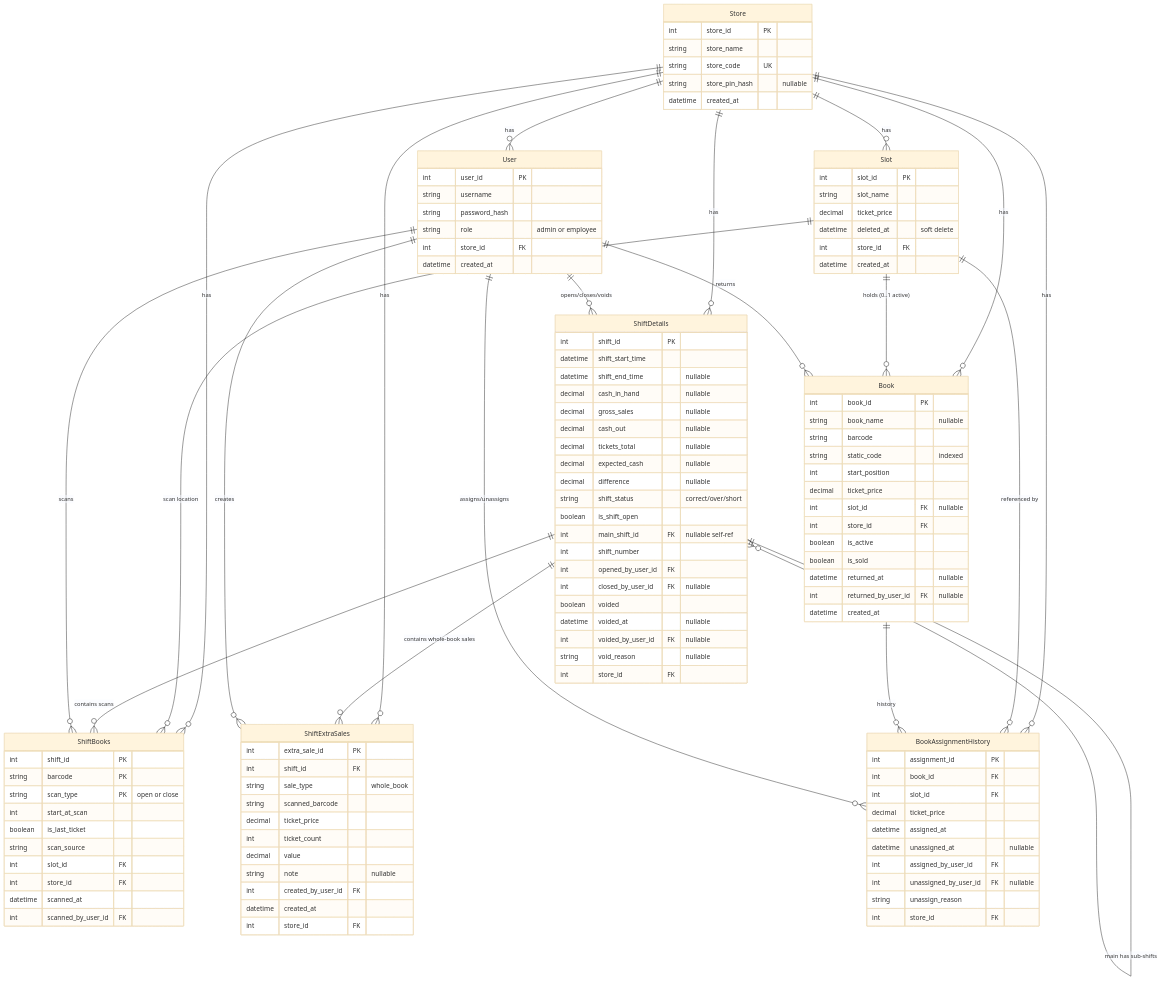
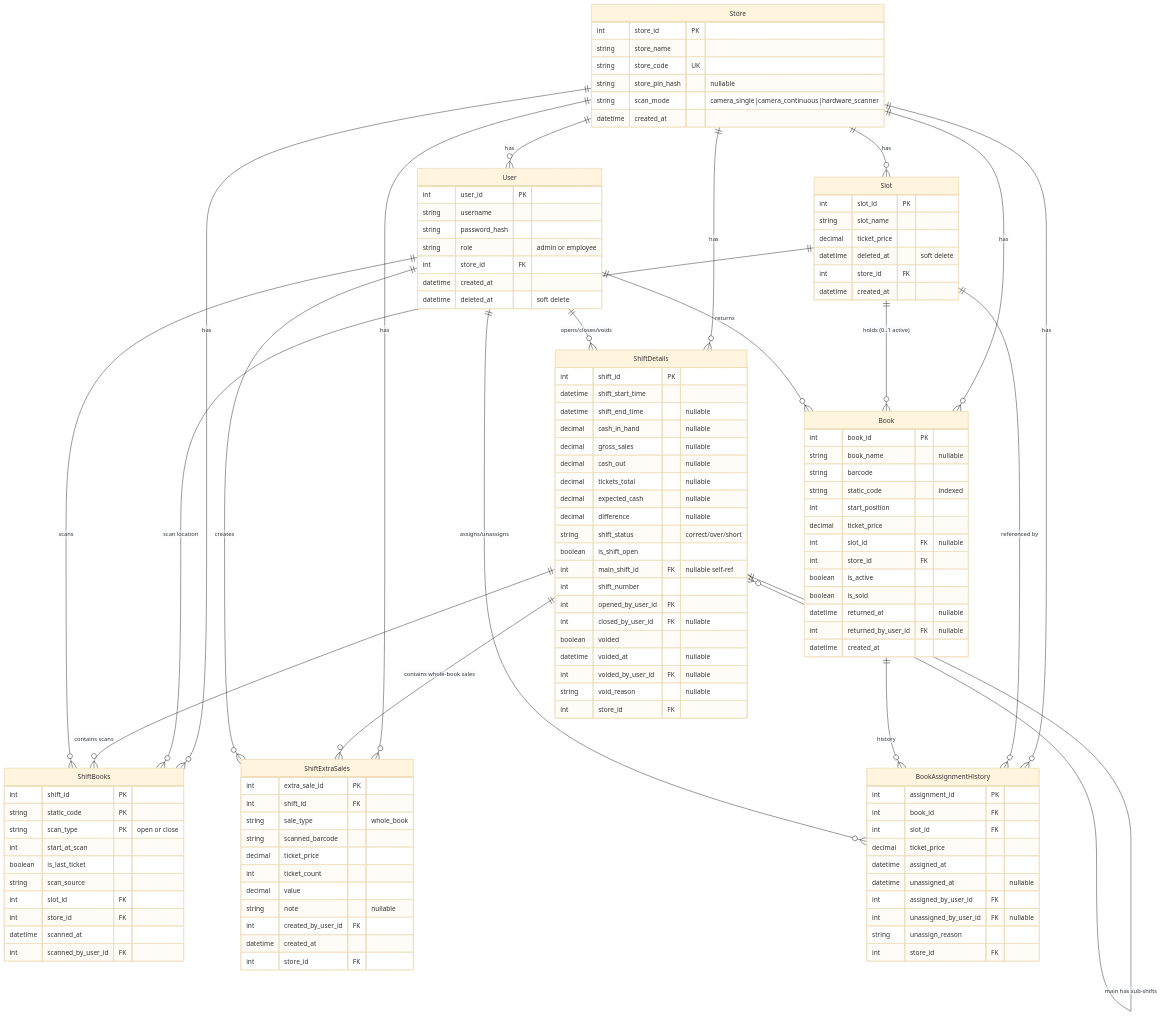
Before and after one commit to AbdelrahmanYousef9266/LottoMeter-v2: the diagram in docs/ERD.md, drawn with Mermaid (base theme). The commit also changed other lines of this file and 4 other files, not shown here.

```diff
--- a/docs/ERD.md
+++ b/docs/ERD.md
@@ -45,6 +45,7 @@
         string store_name
         string store_code UK
         string store_pin_hash "nullable"
+        string scan_mode "camera_single|camera_continuous|hardware_scanner"
         datetime created_at
     }
 
@@ -55,6 +56,7 @@
         string role "admin or employee"
         int store_id FK
         datetime created_at
+        datetime deleted_at "soft delete"
     }
 
     Slot {
@@ -120,7 +122,7 @@
 
     ShiftBooks {
         int shift_id PK
-        string barcode PK
+        string static_code PK
         string scan_type PK "open or close"
         int start_at_scan
         boolean is_last_ticket
```
